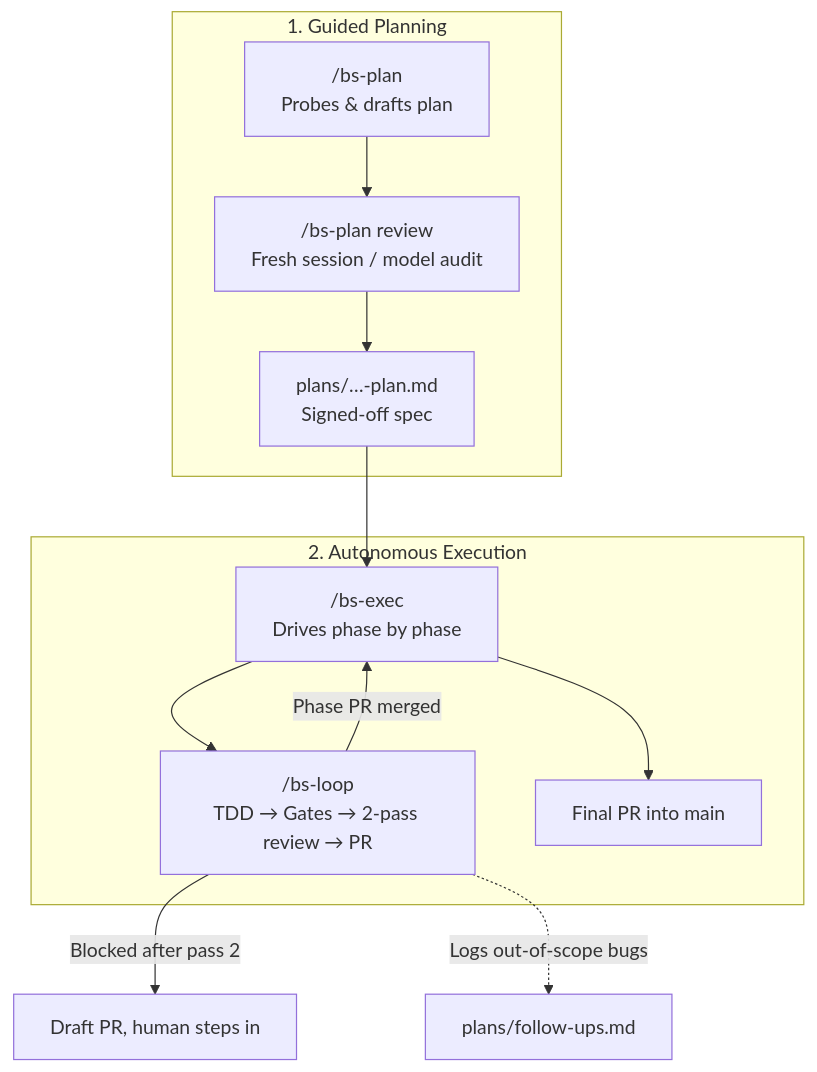
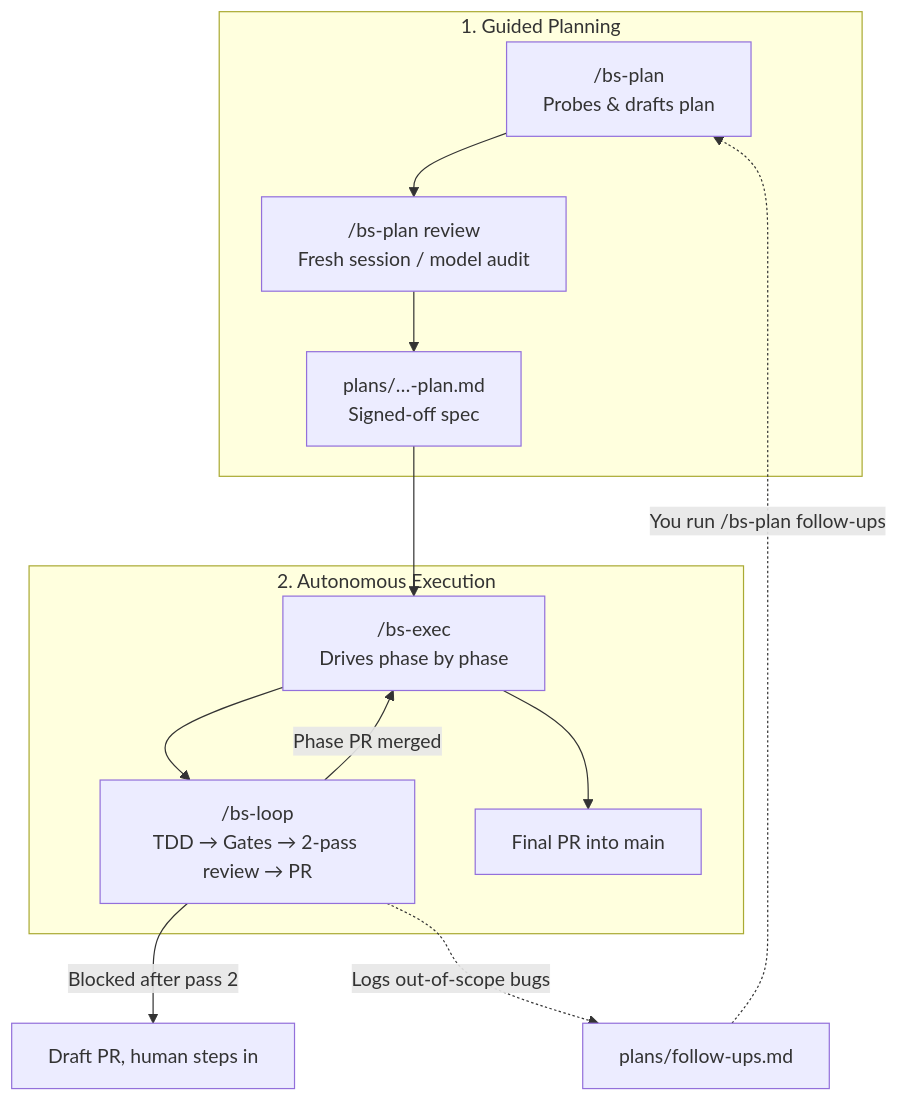
One commit to seriva/bootstrap changed the diagram in README.md. Above: the diagram before and after it, drawn with Mermaid. The commit also changed other lines of this file and 5 other files, not shown here.

Commit message:
refactor: enhance documentation and workflows for follow-ups and planning phases

````diff
--- a/README.md
+++ b/README.md
@@ -62,17 +62,18 @@
 ```mermaid
 flowchart TD
     subgraph Guide["1. Guided Planning"]
         DP["/bs-plan<br/>Probes & drafts plan"] --> DPreview["/bs-plan review<br/>Fresh session / model audit"]
         DPreview --> Plan["plans/…-plan.md<br/>Signed-off spec"]
     end
 
     subgraph Auto["2. Autonomous Execution"]
         Plan --> EP["/bs-exec<br/>Drives phase by phase"]
         EP --> DL["/bs-loop<br/>TDD → Gates → 2-pass review → PR"]
         DL -->|"Phase PR merged"| EP
         EP --> Final["Final PR into main"]
     end
 
     DL -->|"Blocked after pass 2"| Human["Draft PR, human steps in"]
     DL -.->|"Logs out-of-scope bugs"| FU["plans/follow-ups.md"]
+    FU -.->|"You run /bs-plan follow-ups"| DP
 ```
````
